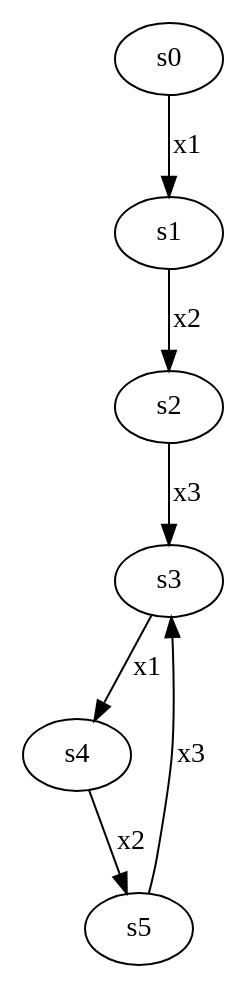
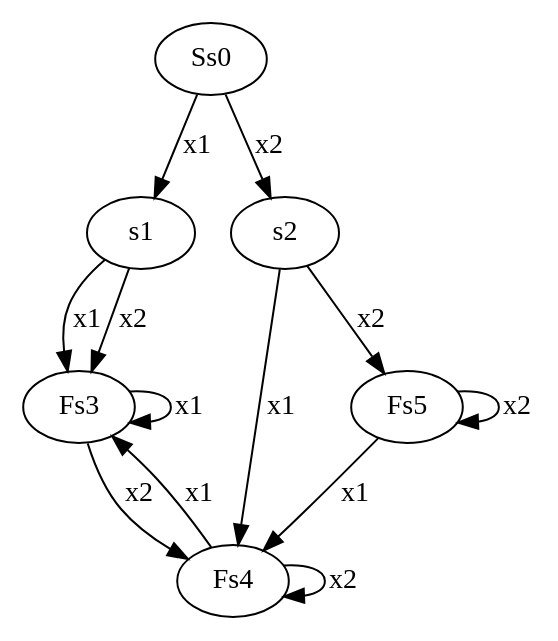
One commit to StepanovVladimir/machines_and_formal_languages changed the diagram in ConvertMachines/MachineDetermination/graph.dot. Above: the diagram before and after it, drawn with Graphviz. The commit also changed 4 other files, not shown here.

```diff
--- a/ConvertMachines/MachineDetermination/graph.dot
+++ b/ConvertMachines/MachineDetermination/graph.dot
@@ -1,14 +1,20 @@
 digraph G {
-0 [label=s0];
+0 [label=Ss0];
 1 [label=s1];
 2 [label=s2];
-3 [label=s3];
-4 [label=s4];
-5 [label=s5];
+3 [label=Fs3];
+4 [label=Fs4];
+5 [label=Fs5];
 0->1  [label=x1];
-1->2  [label=x2];
-2->3  [label=x3];
-3->4  [label=x1];
-4->5  [label=x2];
-5->3  [label=x3];
+0->2  [label=x2];
+1->3  [label=x1];
+1->3  [label=x2];
+2->4  [label=x1];
+2->5  [label=x2];
+3->3  [label=x1];
+3->4  [label=x2];
+4->3  [label=x1];
+4->4  [label=x2];
+5->4  [label=x1];
+5->5  [label=x2];
 }
```
